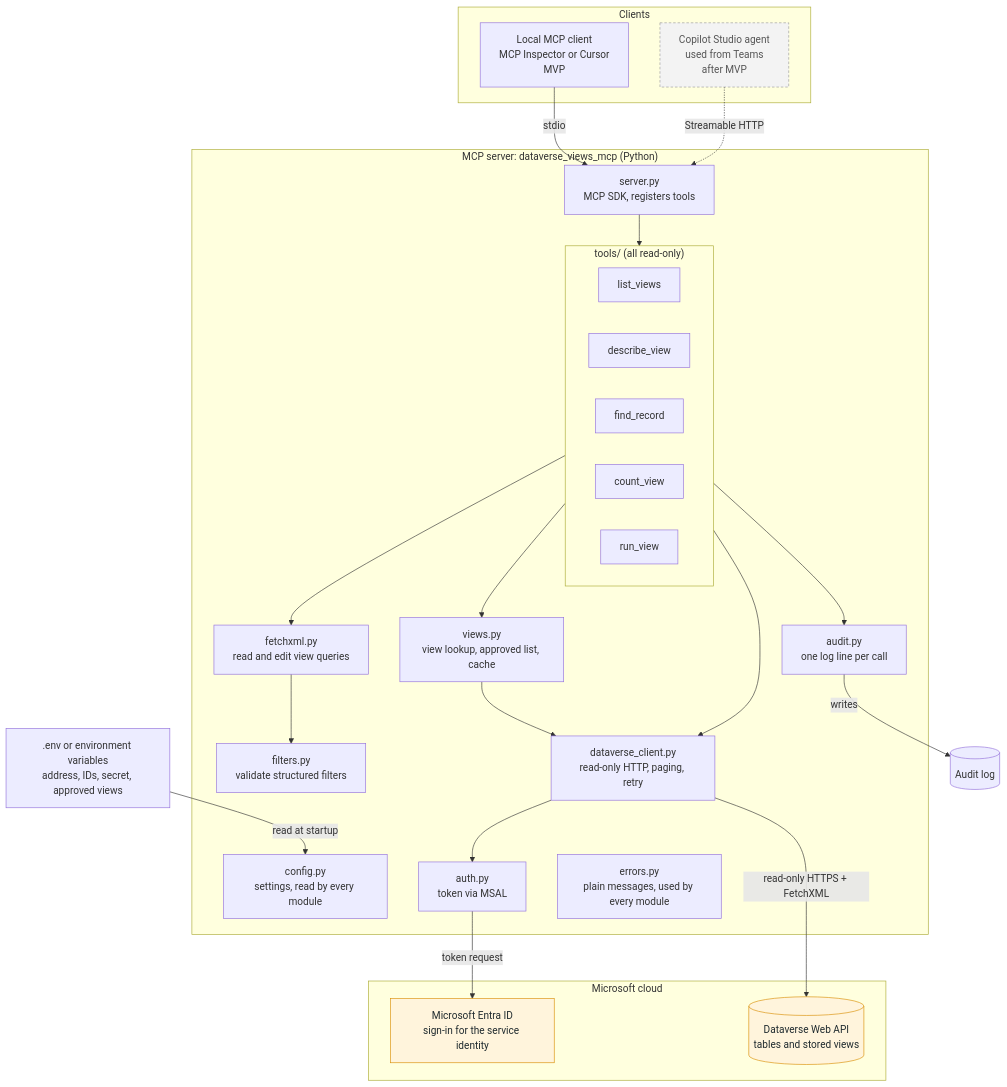
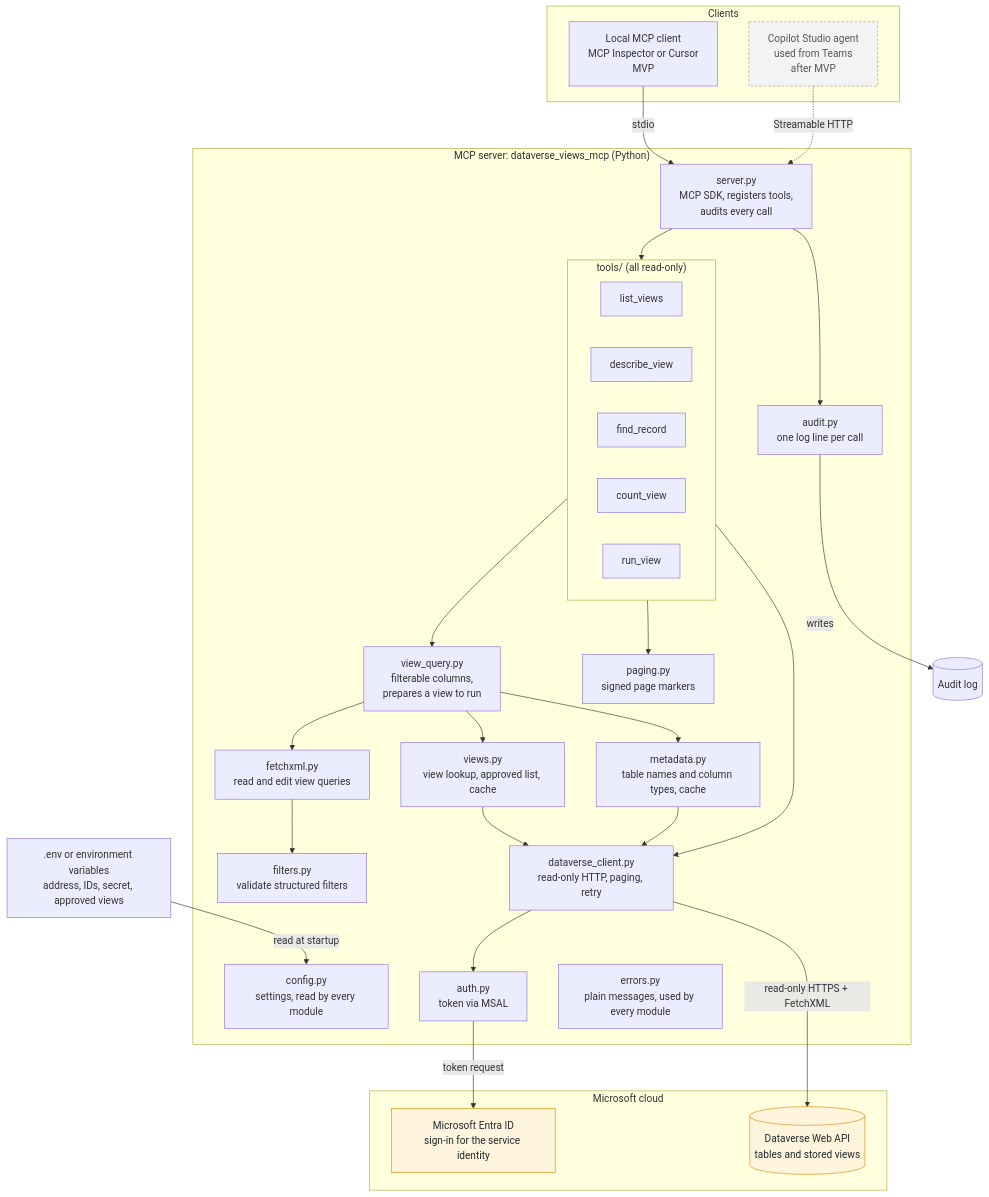
One commit to andypnguyen11-gif/dataverse-views-mcp changed the first of 3 diagrams in docs/Architecture.md. Above: the diagram before and after it, drawn with Mermaid. The commit also changed other lines of this file and 5 other files, not shown here.

````diff
--- a/docs/Architecture.md
+++ b/docs/Architecture.md
@@ -7,55 +7,62 @@
 ```mermaid
 flowchart TB
   subgraph CLIENTS["Clients"]
     LOCAL["Local MCP client<br/>MCP Inspector or Cursor<br/>MVP"]
     AGENT["Copilot Studio agent<br/>used from Teams<br/>after MVP"]
   end
 
   ENV[".env or environment variables<br/>address, IDs, secret, approved views"]
 
   subgraph SERVER["MCP server: dataverse_views_mcp (Python)"]
-    ENTRY["server.py<br/>MCP SDK, registers tools"]
+    ENTRY["server.py<br/>MCP SDK, registers tools,<br/>audits every call"]
     CFG["config.py<br/>settings, read by every module"]
     subgraph TOOLS["tools/ (all read-only)"]
       T1["list_views"]
       T2["describe_view"]
       T3["find_record"]
       T4["count_view"]
       T5["run_view"]
     end
+    VQ["view_query.py<br/>filterable columns,<br/>prepares a view to run"]
     VIEWS["views.py<br/>view lookup, approved list, cache"]
+    META["metadata.py<br/>table names and column types, cache"]
     FX["fetchxml.py<br/>read and edit view queries"]
     FIL["filters.py<br/>validate structured filters"]
+    PAGE["paging.py<br/>signed page markers"]
     DC["dataverse_client.py<br/>read-only HTTP, paging, retry"]
     AUTH["auth.py<br/>token via MSAL"]
     AUD["audit.py<br/>one log line per call"]
     ERR["errors.py<br/>plain messages, used by every module"]
   end
 
   LOG[("Audit log")]
 
   subgraph MS["Microsoft cloud"]
     ENTRA["Microsoft Entra ID<br/>sign-in for the service identity"]
     DV[("Dataverse Web API<br/>tables and stored views")]
   end
 
   LOCAL -->|"stdio"| ENTRY
   AGENT -.->|"Streamable HTTP"| ENTRY
   ENV -->|"read at startup"| CFG
   ENTRY --> TOOLS
-  TOOLS --> VIEWS
-  TOOLS --> FX
+  ENTRY --> AUD
+  TOOLS --> VQ
+  TOOLS --> PAGE
   TOOLS --> DC
-  TOOLS --> AUD
+  VQ --> VIEWS
+  VQ --> META
+  VQ --> FX
   FX --> FIL
   VIEWS --> DC
+  META --> DC
   DC --> AUTH
   AUTH -->|"token request"| ENTRA
   DC -->|"read-only HTTPS + FetchXML"| DV
   AUD -->|"writes"| LOG
 
   classDef later fill:#F3F3F3,stroke:#9A9A9A,color:#555555,stroke-dasharray: 4 3;
   classDef ext fill:#FFF4DC,stroke:#D98E04,color:#1F2A2E;
   class AGENT later;
   class ENTRA,DV ext;
 ```
````
